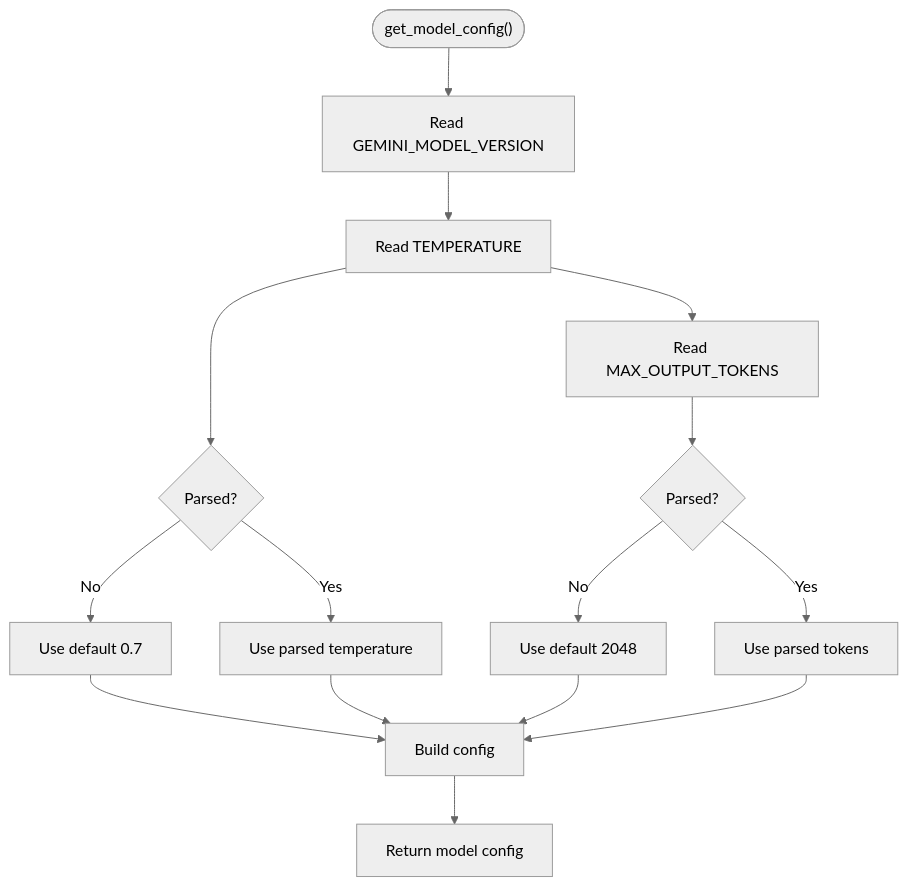
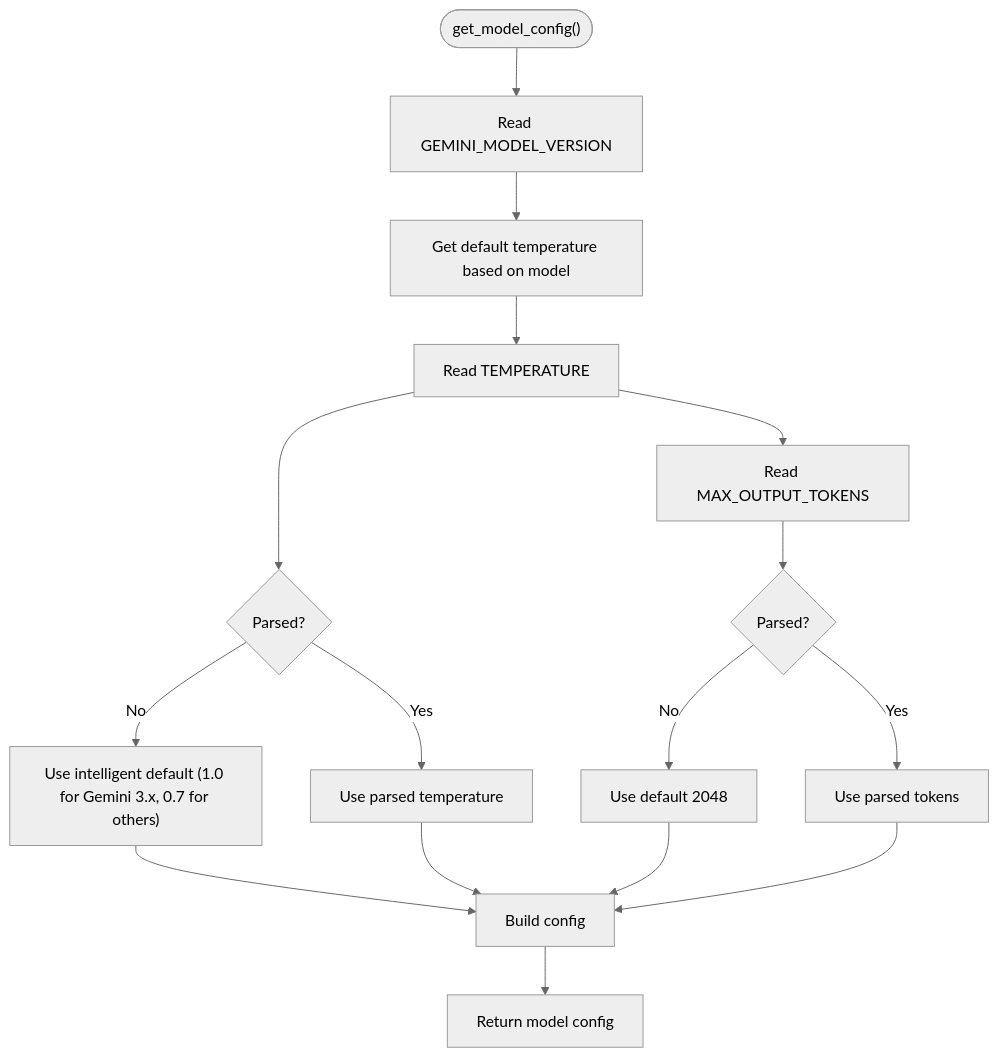
Before and after one commit to MOK-5-ha/MayaMCP: the fourth of 7 diagrams in .qoder/repowiki/en/content/Configuration Management/Environment Variables.md, drawn with Mermaid (neutral theme). The commit also changed other lines of this file and 27 other files, not shown here.

````diff
--- a/.qoder/repowiki/en/content/Configuration Management/Environment Variables.md
+++ b/.qoder/repowiki/en/content/Configuration Management/Environment Variables.md
@@ -159,17 +164,18 @@
 ```mermaid
 flowchart TD
 Start(["get_model_config()"]) --> ReadModel["Read GEMINI_MODEL_VERSION"]
-ReadModel --> ReadTemp["Read TEMPERATURE"]
+ReadModel --> GetTemp["Get default temperature based on model"]
+GetTemp --> ReadTemp["Read TEMPERATURE"]
 ReadTemp --> ParseTemp{"Parsed?"}
-ParseTemp --> |No| TempDefault["Use default 0.7"]
+ParseTemp --> |No| TempDefault["Use intelligent default (1.0 for Gemini 3.x, 0.7 for others)"]
 ParseTemp --> |Yes| KeepTemp["Use parsed temperature"]
 ReadTemp --> ReadTokens["Read MAX_OUTPUT_TOKENS"]
 ReadTokens --> ParseTokens{"Parsed?"}
 ParseTokens --> |No| TokensDefault["Use default 2048"]
 ParseTokens --> |Yes| KeepTokens["Use parsed tokens"]
 TempDefault --> Build["Build config"]
 KeepTemp --> Build
 TokensDefault --> Build
 KeepTokens --> Build
 Build --> Return["Return model config"]
 ```
````
